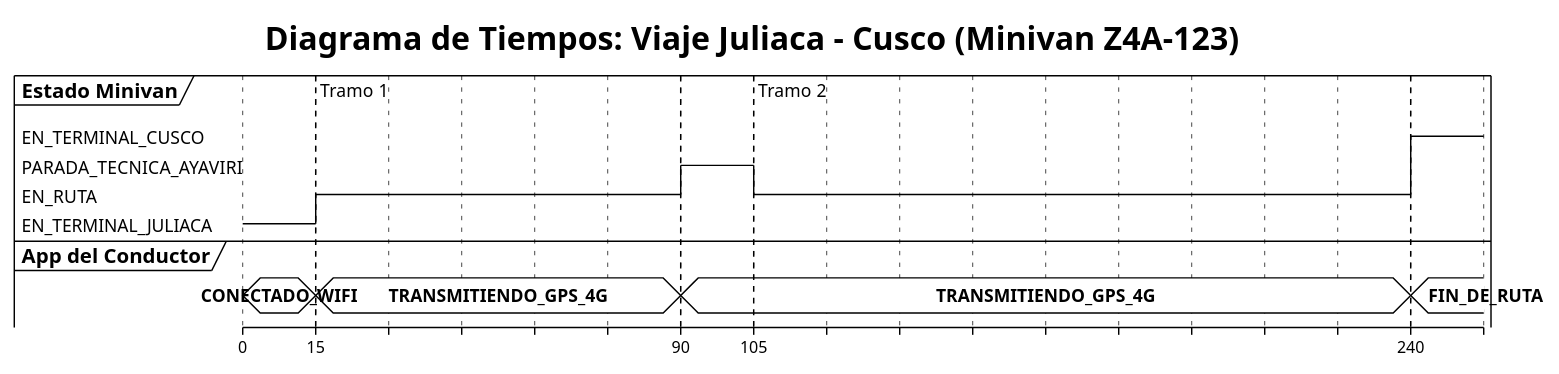
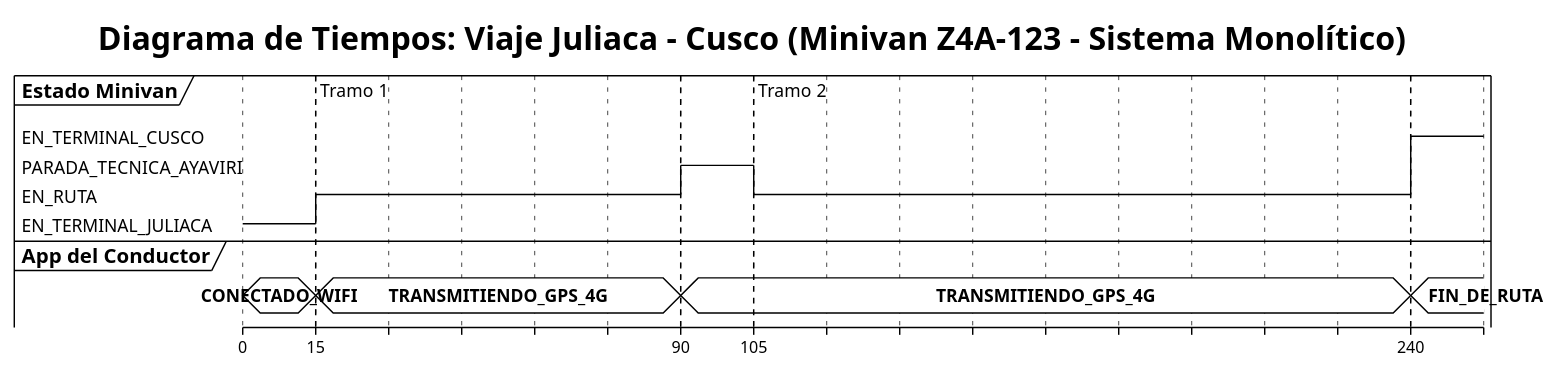
The diagram in 2-MODELO_UML/Comportamiento/5-Tiempos/tiempos_viaje.puml (FloppaFlopita/TRANS_SYNC_DOCS), drawn with PlantUML before and after one commit. The commit also changed 24 other files, not shown here.

```diff
--- a/2-MODELO_UML/Comportamiento/5-Tiempos/tiempos_viaje.puml
+++ b/2-MODELO_UML/Comportamiento/5-Tiempos/tiempos_viaje.puml
@@ -1,30 +1,30 @@
 @startuml
 !theme plain
-title Diagrama de Tiempos: Viaje Juliaca - Cusco (Minivan Z4A-123)
+title Diagrama de Tiempos: Viaje Juliaca - Cusco (Minivan Z4A-123 - Sistema Monolítico)
 
 robust "Estado Minivan" as minivan
 concise "App del Conductor" as app
 
 @0
 minivan is EN_TERMINAL_JULIACA
 app is CONECTADO_WIFI
 
 @15
 minivan is EN_RUTA
 app is TRANSMITIENDO_GPS_4G
 
 @90
 minivan is PARADA_TECNICA_AYAVIRI
 app is TRANSMITIENDO_GPS_4G
 
 @105
 minivan is EN_RUTA
 
 @240
 minivan is EN_TERMINAL_CUSCO
 app is FIN_DE_RUTA
 
 highlight 15 to 90 : Tramo 1
 highlight 105 to 240 : Tramo 2
 
 @enduml
```
